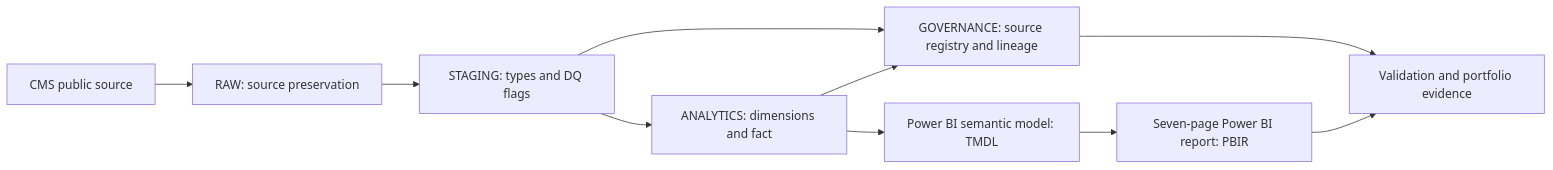
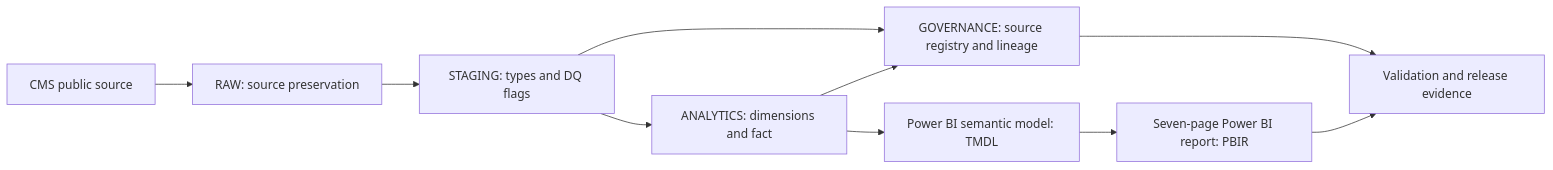
One commit to khaledzidan203-stack/healthcare-data-governance-quality-control-center changed the diagram in README.md. Above: the diagram before and after it, drawn with Mermaid. The commit also changed other lines of this file, not shown here.

````diff
--- a/README.md
+++ b/README.md
@@ -50,12 +50,12 @@
 ```mermaid
 flowchart LR
     A[CMS public source] --> B[RAW: source preservation]
     B --> C[STAGING: types and DQ flags]
     C --> D[ANALYTICS: dimensions and fact]
     C --> G[GOVERNANCE: source registry and lineage]
     D --> G
     D --> E[Power BI semantic model: TMDL]
     E --> F[Seven-page Power BI report: PBIR]
-    G --> V[Validation and portfolio evidence]
+    G --> V[Validation and release evidence]
     F --> V
 ```
````
